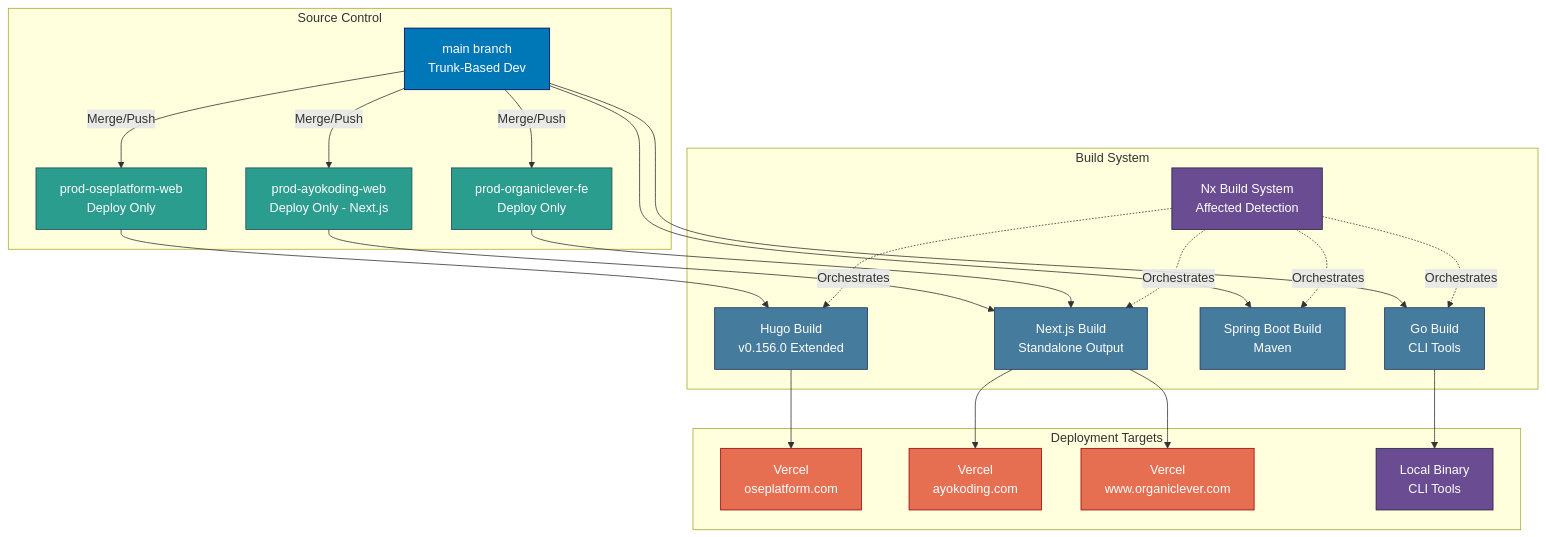
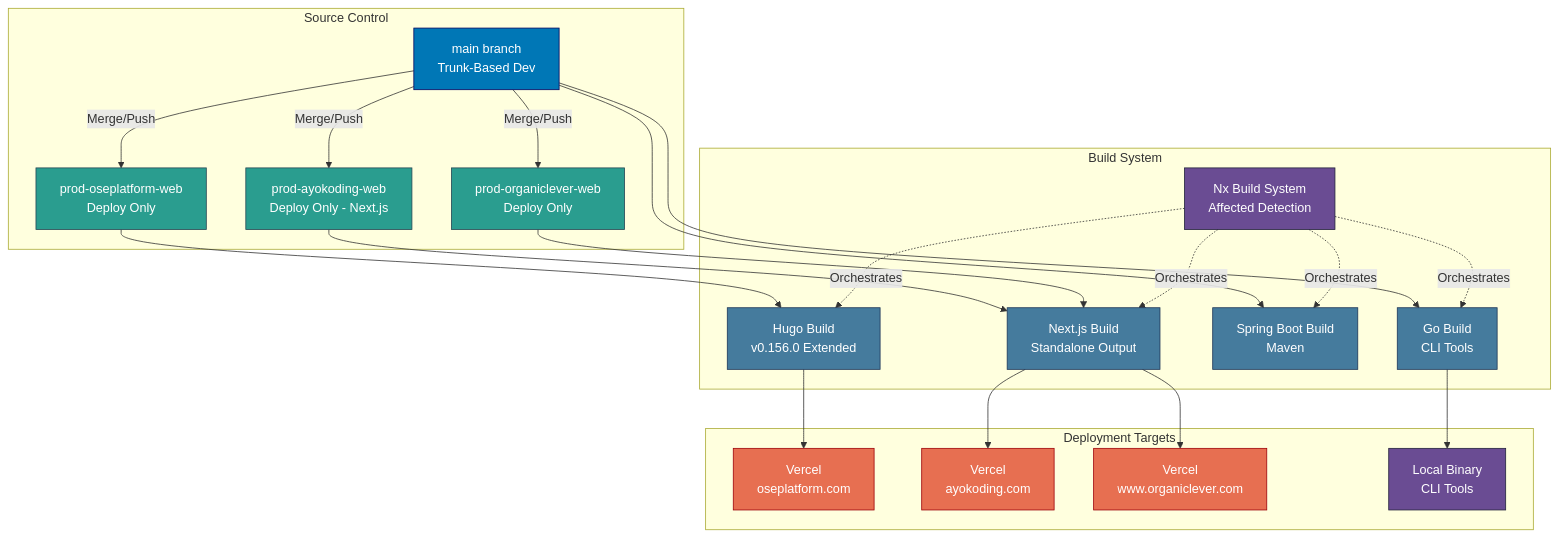
The diagram in docs/reference/system-architecture/deployment.md (wahidyankf/open-sharia-enterprise), drawn with Mermaid before and after one commit. The commit also changed other lines of this file and 12 other files, not shown here.

First line of the commit message:
docs(governance): correct organiclever-fe deployment branch to prod-organiclever-web

````diff
--- a/docs/reference/system-architecture/deployment.md
+++ b/docs/reference/system-architecture/deployment.md
@@ -19,58 +19,58 @@
 ```mermaid
 graph TB
     subgraph "Source Control"
         MAIN[main branch<br/>Trunk-Based Dev]
         PROD_OSE[prod-oseplatform-web<br/>Deploy Only]
         PROD_AYO[prod-ayokoding-web<br/>Deploy Only - Next.js]
-        PROD_OL[prod-organiclever-fe<br/>Deploy Only]
+        PROD_OL[prod-organiclever-web<br/>Deploy Only]
     end
 
     subgraph "Build System"
         NX_BUILD[Nx Build System<br/>Affected Detection]
         HUGO_BUILD[Hugo Build<br/>v0.156.0 Extended]
         NEXT_BUILD[Next.js Build<br/>Standalone Output]
         SPRING_BUILD[Spring Boot Build<br/>Maven]
         GO_BUILD[Go Build<br/>CLI Tools]
     end
 
     subgraph "Deployment Targets"
         VERCEL_OSE[Vercel<br/>oseplatform.com]
         VERCEL_AYO[Vercel<br/>ayokoding.com]
         VERCEL_OL[Vercel<br/>www.organiclever.com]
         LOCAL[Local Binary<br/>CLI Tools]
     end
 
     MAIN -->|Merge/Push| PROD_OSE
     MAIN -->|Merge/Push| PROD_AYO
     MAIN -->|Merge/Push| PROD_OL
 
     PROD_OSE --> HUGO_BUILD
     PROD_AYO --> NEXT_BUILD
     PROD_OL --> NEXT_BUILD
     MAIN --> GO_BUILD
     MAIN --> SPRING_BUILD
 
     HUGO_BUILD --> VERCEL_OSE
     NEXT_BUILD --> VERCEL_AYO
     NEXT_BUILD --> VERCEL_OL
     GO_BUILD --> LOCAL
 
     NX_BUILD -.->|Orchestrates| HUGO_BUILD
     NX_BUILD -.->|Orchestrates| NEXT_BUILD
     NX_BUILD -.->|Orchestrates| SPRING_BUILD
     NX_BUILD -.->|Orchestrates| GO_BUILD
 
     style MAIN fill:#0077b6,stroke:#03045e,color:#ffffff
     style PROD_OSE fill:#2a9d8f,stroke:#264653,color:#ffffff
     style PROD_AYO fill:#2a9d8f,stroke:#264653,color:#ffffff
     style PROD_OL fill:#2a9d8f,stroke:#264653,color:#ffffff
     style NX_BUILD fill:#6a4c93,stroke:#22223b,color:#ffffff
     style HUGO_BUILD fill:#457b9d,stroke:#1d3557,color:#ffffff
     style NEXT_BUILD fill:#457b9d,stroke:#1d3557,color:#ffffff
     style SPRING_BUILD fill:#457b9d,stroke:#1d3557,color:#ffffff
     style GO_BUILD fill:#457b9d,stroke:#1d3557,color:#ffffff
     style VERCEL_OSE fill:#e76f51,stroke:#9d0208,color:#ffffff
     style VERCEL_AYO fill:#e76f51,stroke:#9d0208,color:#ffffff
     style VERCEL_OL fill:#e76f51,stroke:#9d0208,color:#ffffff
     style LOCAL fill:#6a4c93,stroke:#22223b,color:#ffffff
 ```
````
